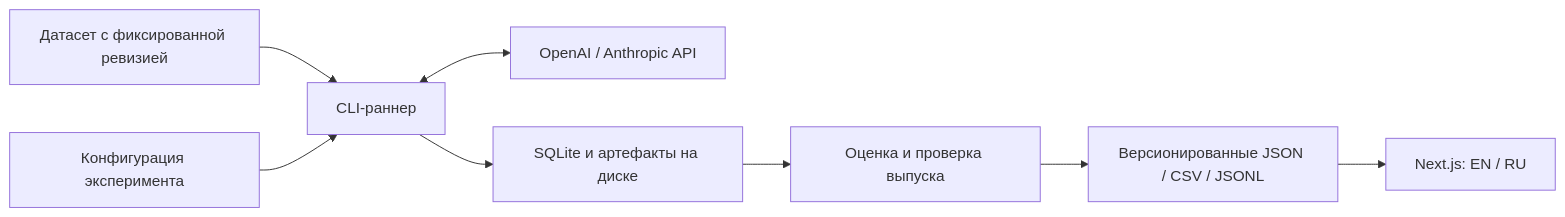
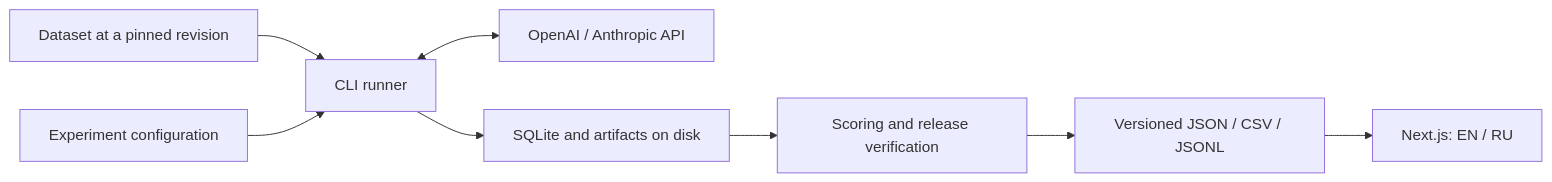
Before and after one commit to limit-115/lang-gap: the diagram in docs/mvp-plan.md, drawn with Mermaid. The commit also changed other lines of this file and 5 other files, not shown here.

````diff
--- a/docs/mvp-plan.md
+++ b/docs/mvp-plan.md
@@ -113,10 +113,10 @@
 ```mermaid
 flowchart LR
-  D[Датасет с фиксированной ревизией] --> R[CLI-раннер]
-  C[Конфигурация эксперимента] --> R
+  D[Dataset at a pinned revision] --> R[CLI runner]
+  C[Experiment configuration] --> R
   R <--> P[OpenAI / Anthropic API]
-  R --> S[SQLite и артефакты на диске]
-  S --> E[Оценка и проверка выпуска]
-  E --> A[Версионированные JSON / CSV / JSONL]
+  R --> S[SQLite and artifacts on disk]
+  S --> E[Scoring and release verification]
+  E --> A[Versioned JSON / CSV / JSONL]
   A --> W[Next.js: EN / RU]
 ```
````
